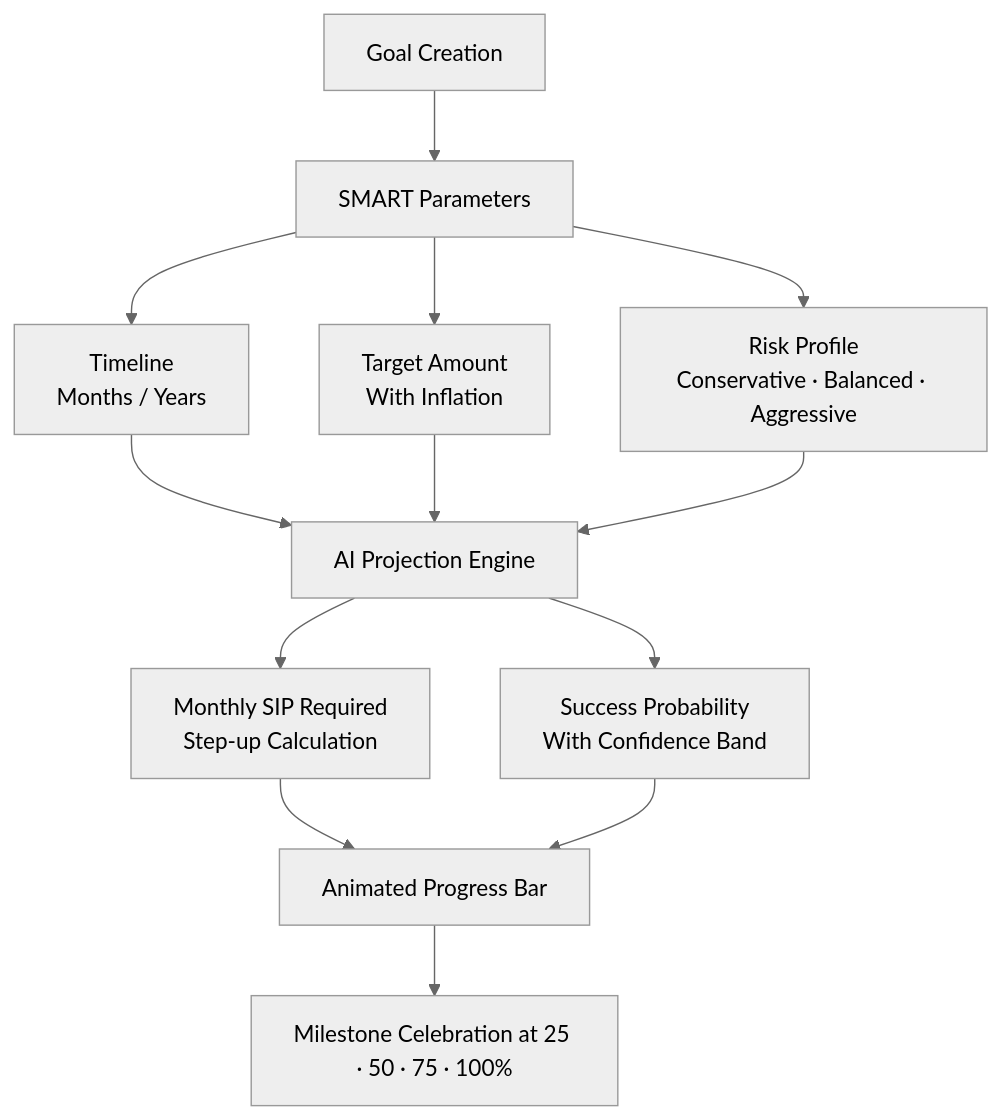
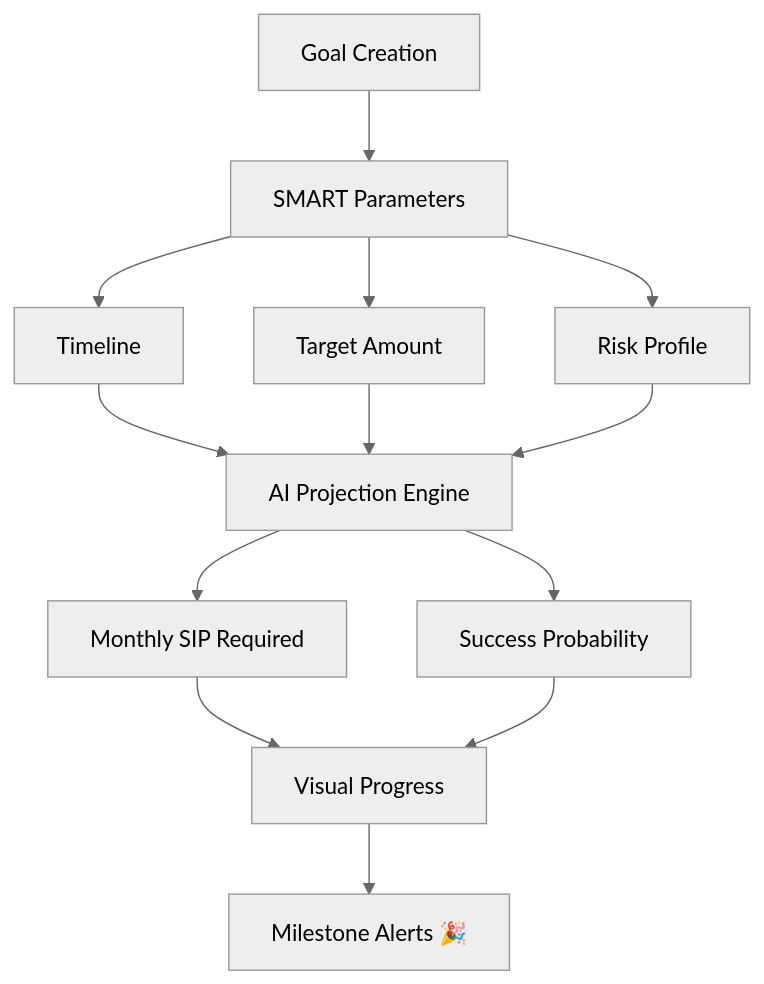
The fifth of 6 diagrams in README.md (HarshitKumawat09/ET_AIConcierge), drawn with Mermaid (neutral theme) before and after one commit. The commit also changed other lines of this file and 56 other files, not shown here.

````diff
--- a/README.md
+++ b/README.md
@@ -397,12 +266,12 @@
 ```mermaid
 flowchart TB
     A[Goal Creation] --> B[SMART Parameters]
-    B --> C[Timeline\nMonths / Years]
-    B --> D[Target Amount\nWith Inflation]
-    B --> E[Risk Profile\nConservative · Balanced · Aggressive]
+    B --> C[Timeline]
+    B --> D[Target Amount]
+    B --> E[Risk Profile]
     C & D & E --> F[AI Projection Engine]
-    F --> G[Monthly SIP Required\nStep-up Calculation]
-    F --> H[Success Probability\nWith Confidence Band]
-    G & H --> I[Animated Progress Bar]
-    I --> J[Milestone Celebration at 25 · 50 · 75 · 100%]
+    F --> G[Monthly SIP Required]
+    F --> H[Success Probability]
+    G & H --> I[Visual Progress]
+    I --> J[Milestone Alerts 🎉]
 ```
````
